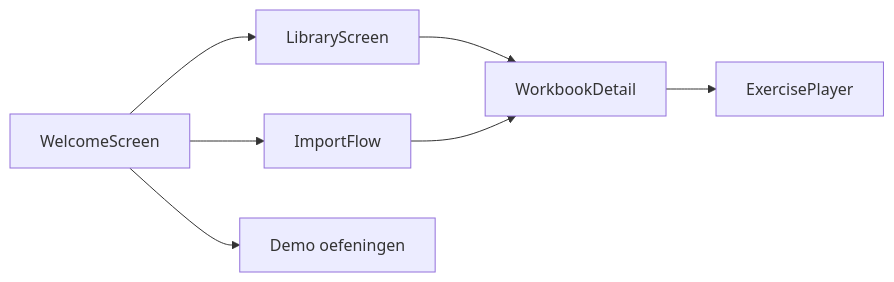
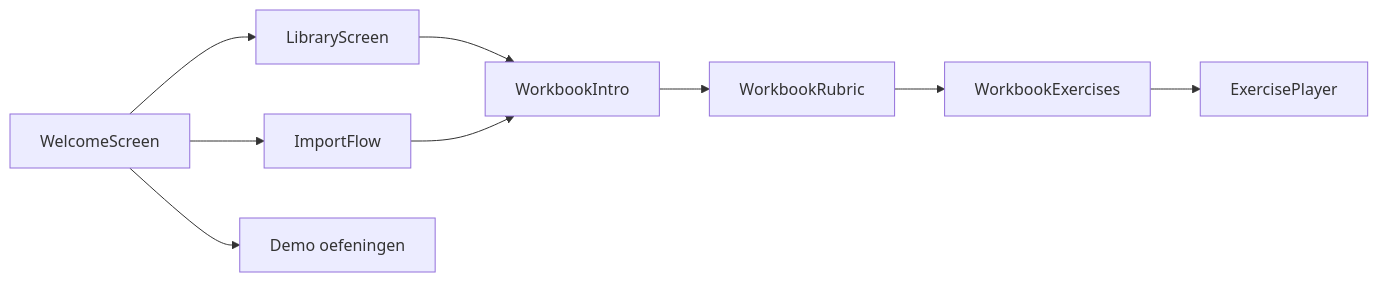
One commit to jessevlux/zwijsen changed the first of 2 diagrams in zwijsen-poc/HANDOVER.md. Above: the diagram before and after it, drawn with Mermaid. The commit also changed other lines of this file and 6 other files, not shown here.

````diff
--- a/zwijsen-poc/HANDOVER.md
+++ b/zwijsen-poc/HANDOVER.md
@@ -46,15 +50,19 @@
 ```mermaid
 flowchart LR
   Welcome[WelcomeScreen]
   Library[LibraryScreen]
   Import[ImportFlow]
-  WB[WorkbookDetail]
+  Intro[WorkbookIntro]
+  Rubric[WorkbookRubric]
+  Exercises[WorkbookExercises]
   Player[ExercisePlayer]
   Demo[Demo oefeningen]
   Welcome --> Library
   Welcome --> Import
-  Library --> WB
-  Import --> WB
-  WB --> Player
   Welcome --> Demo
+  Library --> Intro
+  Import --> Intro
+  Intro --> Rubric
+  Rubric --> Exercises
+  Exercises --> Player
 ```
````
